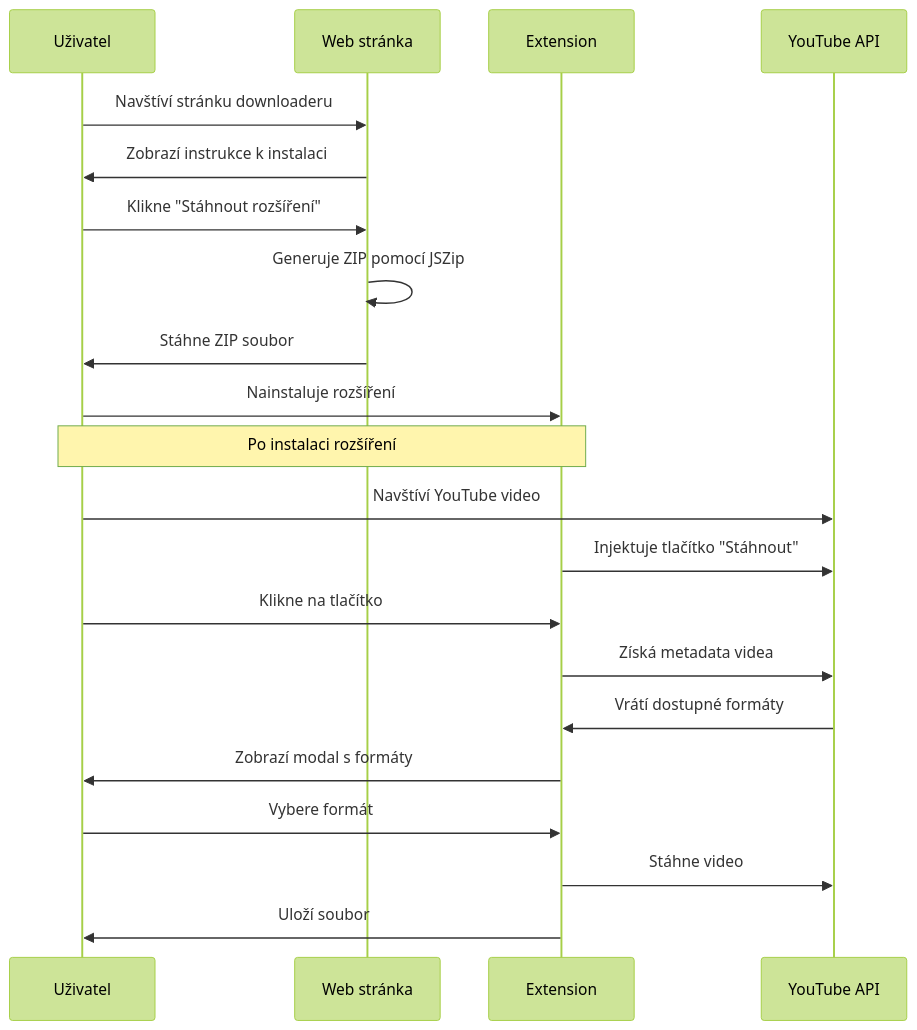
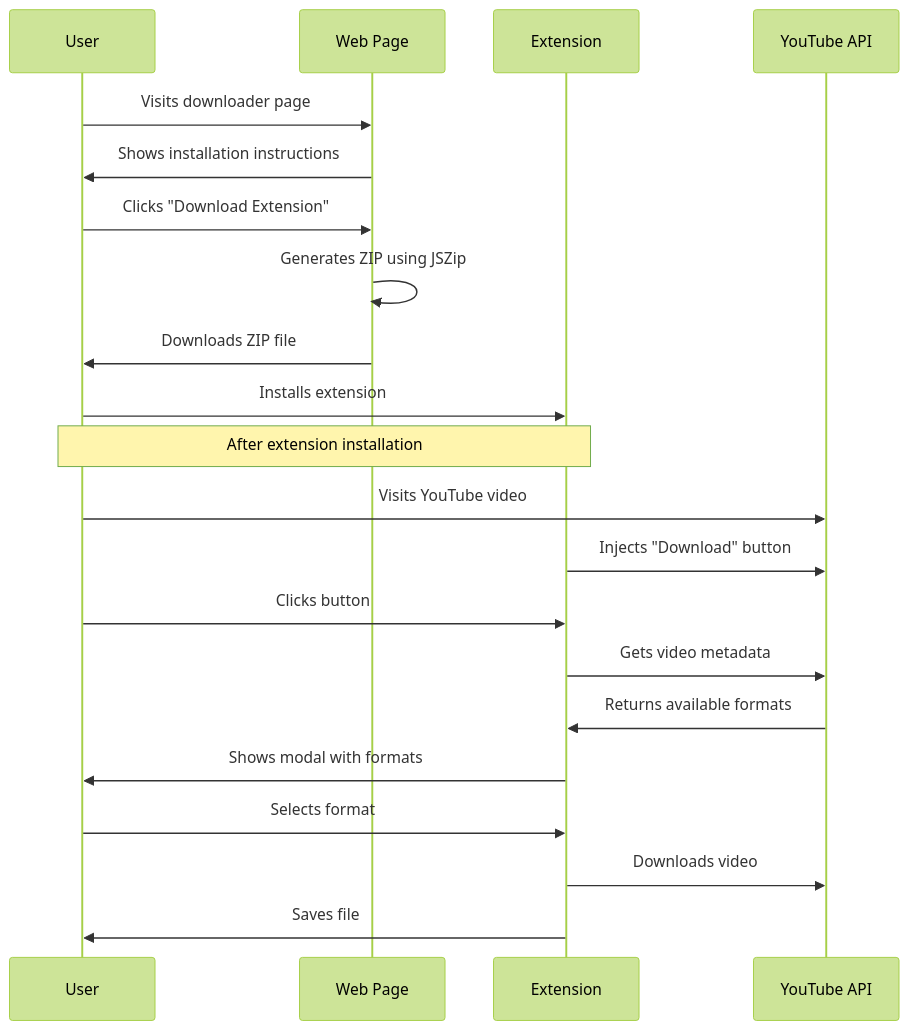
Before and after one commit to Deerpfy/adhub: the second of 2 diagrams in README.md, drawn with Mermaid (forest theme). The commit also changed other lines of this file and 3 other files, not shown here.

````diff
--- a/README.md
+++ b/README.md
@@ -139,26 +143,26 @@
 ```mermaid
 sequenceDiagram
-    participant U as Uživatel
-    participant W as Web stránka
+    participant U as User
+    participant W as Web Page
     participant E as Extension
     participant Y as YouTube API
 
-    U->>W: Navštíví stránku downloaderu
-    W->>U: Zobrazí instrukce k instalaci
-    U->>W: Klikne "Stáhnout rozšíření"
-    W->>W: Generuje ZIP pomocí JSZip
-    W->>U: Stáhne ZIP soubor
-    U->>E: Nainstaluje rozšíření
+    U->>W: Visits downloader page
+    W->>U: Shows installation instructions
+    U->>W: Clicks "Download Extension"
+    W->>W: Generates ZIP using JSZip
+    W->>U: Downloads ZIP file
+    U->>E: Installs extension
     
-    Note over U,E: Po instalaci rozšíření
+    Note over U,E: After extension installation
 
-    U->>Y: Navštíví YouTube video
-    E->>Y: Injektuje tlačítko "Stáhnout"
-    U->>E: Klikne na tlačítko
-    E->>Y: Získá metadata videa
-    Y->>E: Vrátí dostupné formáty
-    E->>U: Zobrazí modal s formáty
-    U->>E: Vybere formát
-    E->>Y: Stáhne video
-    E->>U: Uloží soubor
+    U->>Y: Visits YouTube video
+    E->>Y: Injects "Download" button
+    U->>E: Clicks button
+    E->>Y: Gets video metadata
+    Y->>E: Returns available formats
+    E->>U: Shows modal with formats
+    U->>E: Selects format
+    E->>Y: Downloads video
+    E->>U: Saves file
 ```
````
